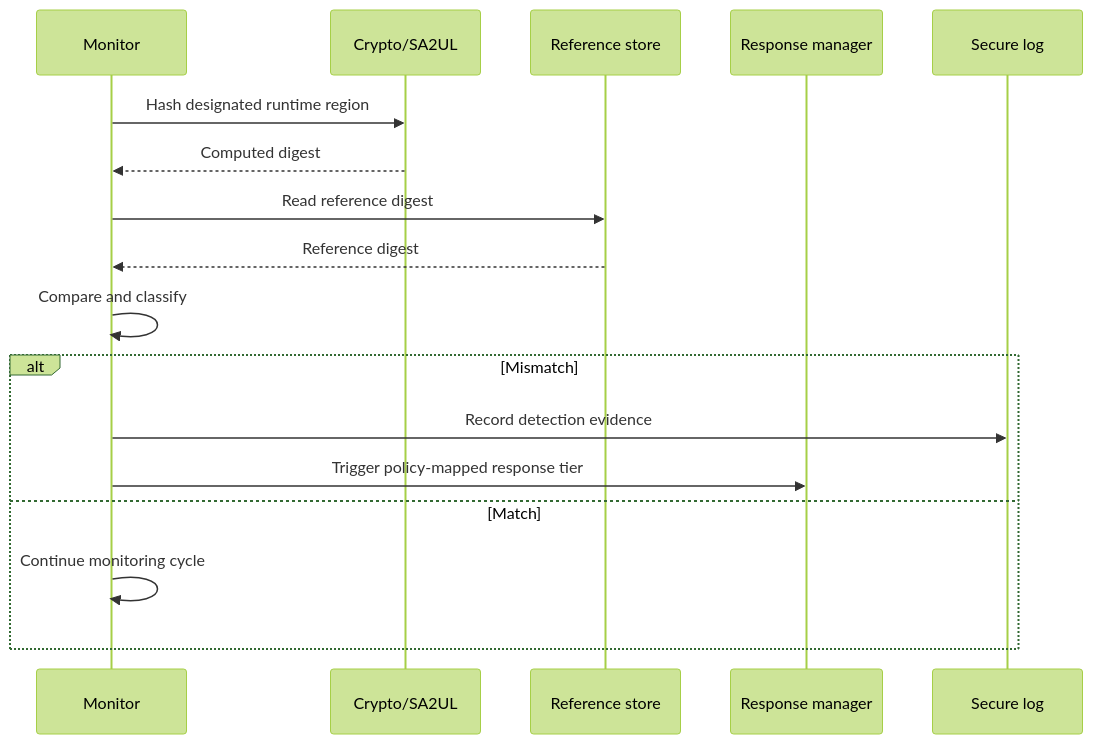
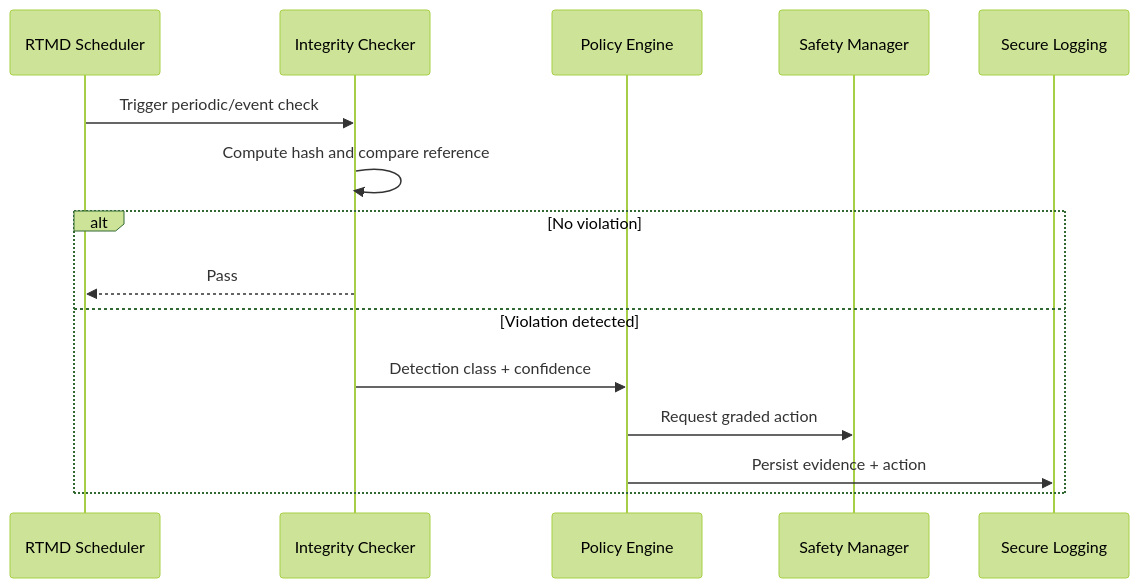
The third of 3 diagrams in TDA4VM_RTMD_Requirements.md (vinodneelakantam/Sec_Concepts_Req_tracability), drawn with Mermaid (forest theme) before and after one commit. The commit also changed other lines of this file and 7 other files, not shown here.

````diff
--- a/TDA4VM_RTMD_Requirements.md
+++ b/TDA4VM_RTMD_Requirements.md
@@ -85,20 +76,18 @@
 ```mermaid
 sequenceDiagram
-  participant M as Monitor
-  participant C as Crypto/SA2UL
-  participant R as Reference store
-  participant X as Response manager
-  participant L as Secure log
+  participant S as RTMD Scheduler
+  participant C as Integrity Checker
+  participant P as Policy Engine
+  participant M as Safety Manager
+  participant L as Secure Logging
 
-  M->>C: Hash designated runtime region
-  C-->>M: Computed digest
-  M->>R: Read reference digest
-  R-->>M: Reference digest
-  M->>M: Compare and classify
-  alt Mismatch
-    M->>L: Record detection evidence
-    M->>X: Trigger policy-mapped response tier
-  else Match
-    M->>M: Continue monitoring cycle
+  S->>C: Trigger periodic/event check
+  C->>C: Compute hash and compare reference
+  alt No violation
+    C-->>S: Pass
+  else Violation detected
+    C->>P: Detection class + confidence
+    P->>M: Request graded action
+    P->>L: Persist evidence + action
   end
 ```
````
